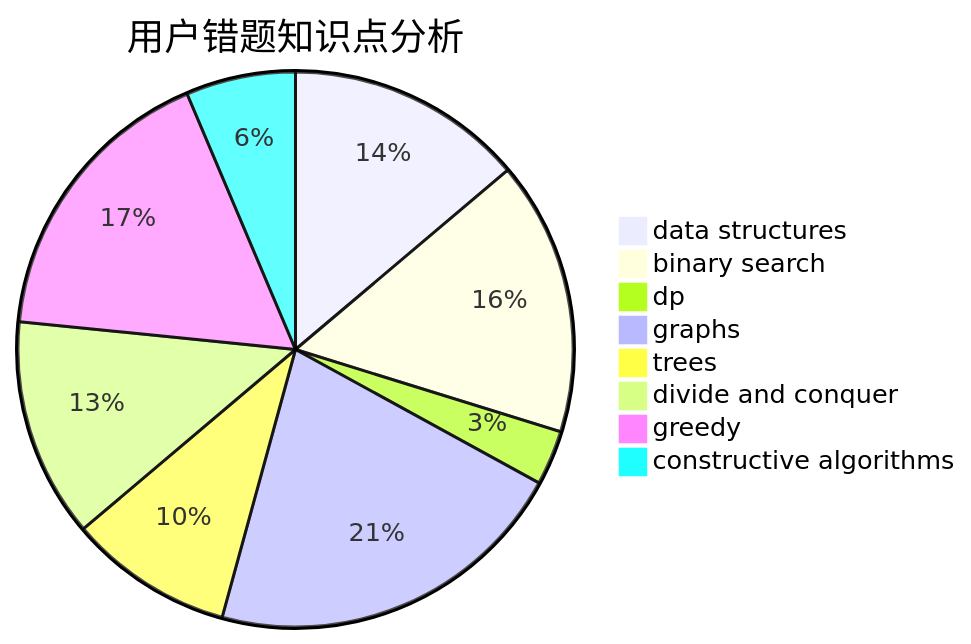
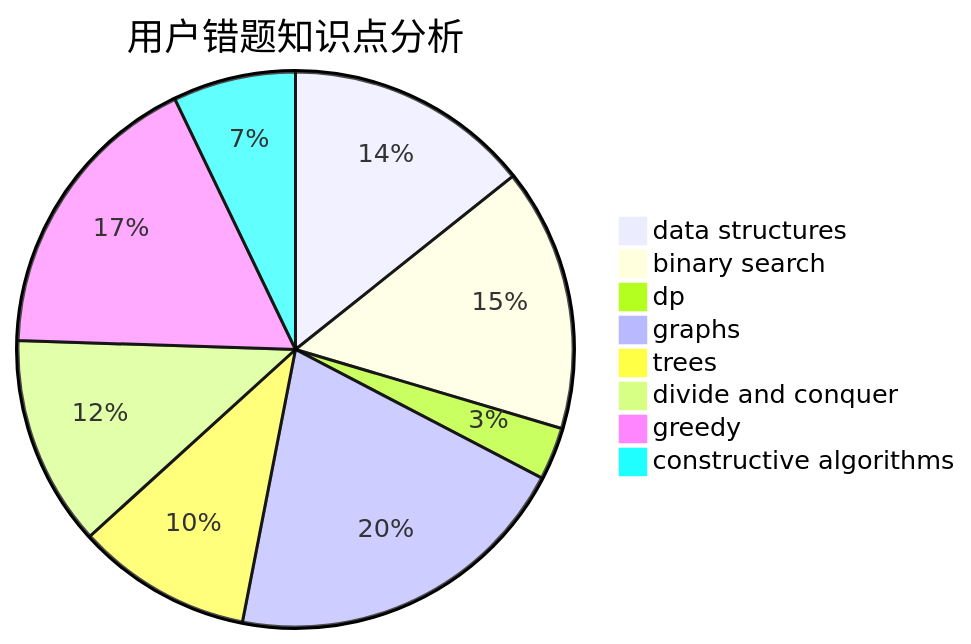
Before and after one commit to sherpahu/cfrs.github.io: the third of 3 diagrams in docs/user/u155.md, drawn with Mermaid. The commit also changed other lines of this file and 2770 other files, not shown here.

````diff
--- a/docs/user/u155.md
+++ b/docs/user/u155.md
@@ -36,11 +36,11 @@
 ```mermaid
 pie title 用户错题知识点分析
-    "data structures" :  13
+    "data structures" :  14
     "binary search" :  15
     "dp" :  3
     "graphs" :  20
-    "trees" :  9
+    "trees" :  10
     "divide and conquer" :  12
-    "greedy" :  16
-    "constructive algorithms" :  6
+    "greedy" :  17
+    "constructive algorithms" :  7
 ```
````
